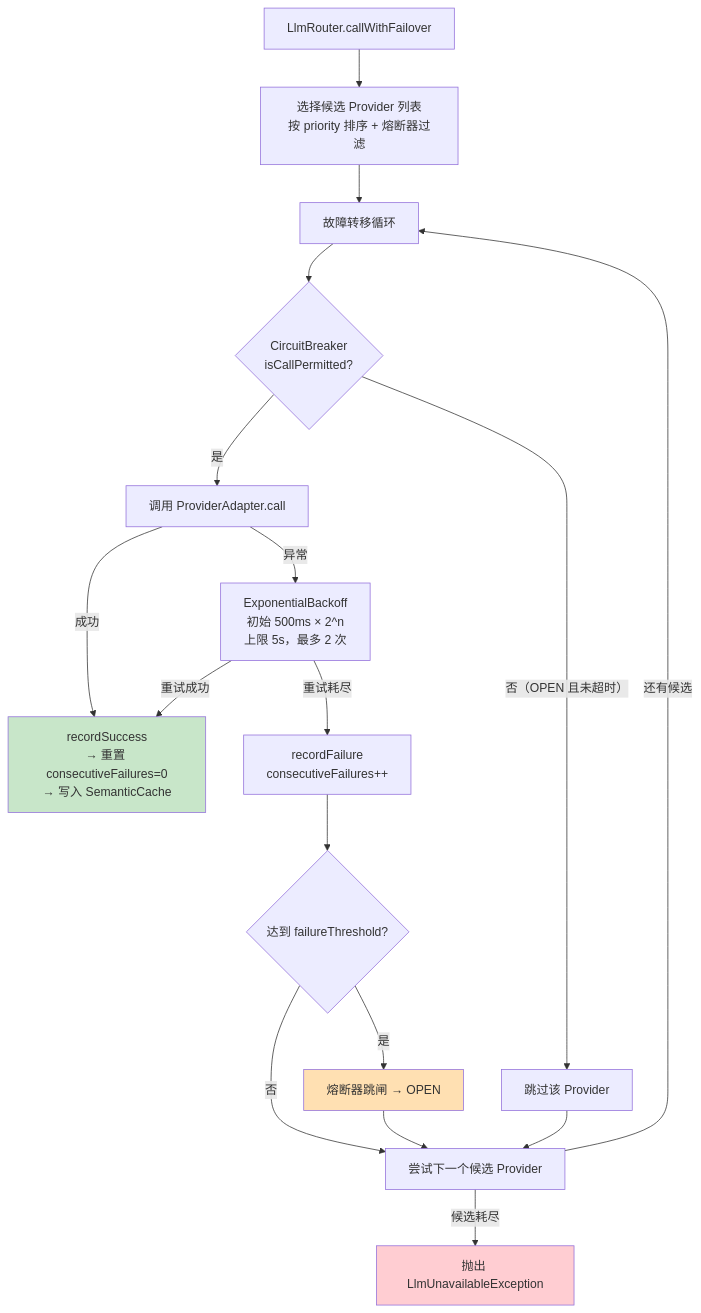
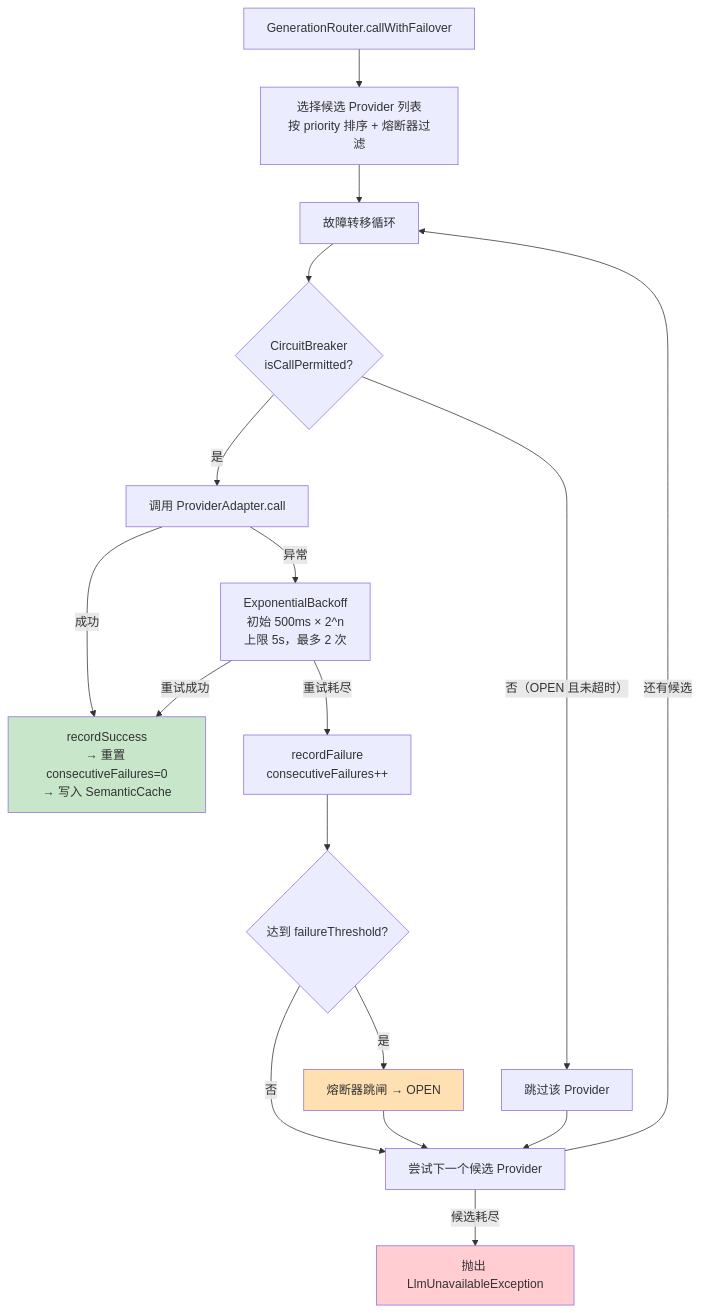
Diagram 33 of 35 in ARCHITECTURE-DIAGRAMS.md (ntygod/LifePilot), drawn with Mermaid before and after one commit. The commit also changed other lines of this file and 46 other files, not shown here.

````diff
--- a/ARCHITECTURE-DIAGRAMS.md
+++ b/ARCHITECTURE-DIAGRAMS.md
@@ -1186,29 +1185,29 @@
 ```mermaid
 flowchart TD
-    Call[LlmRouter.callWithFailover] --> Select[选择候选 Provider 列表<br/>按 priority 排序 + 熔断器过滤]
+    Call[GenerationRouter.callWithFailover] --> Select[选择候选 Provider 列表<br/>按 priority 排序 + 熔断器过滤]
     Select --> Loop[故障转移循环]
 
     Loop --> CB{CircuitBreaker<br/>isCallPermitted?}
     CB -->|否（OPEN 且未超时）| Skip[跳过该 Provider]
     CB -->|是| Invoke[调用 ProviderAdapter.call]
 
     Invoke -->|成功| Success[recordSuccess<br/>→ 重置 consecutiveFailures=0<br/>→ 写入 SemanticCache]
     Invoke -->|异常| Backoff[ExponentialBackoff<br/>初始 500ms × 2^n<br/>上限 5s，最多 2 次]
 
     Backoff -->|重试成功| Success
     Backoff -->|重试耗尽| RecordFail[recordFailure<br/>consecutiveFailures++]
 
     RecordFail --> Threshold{达到 failureThreshold?}
     Threshold -->|是| Trip[熔断器跳闸 → OPEN]
     Threshold -->|否| Next
 
     Trip --> Next[尝试下一个候选 Provider]
     Skip --> Next
 
     Next -->|还有候选| Loop
     Next -->|候选耗尽| Fail[抛出 LlmUnavailableException]
 
     style Success fill:#c8e6c9
     style Fail fill:#ffcdd2
     style Trip fill:#ffe0b2
 ```
````
